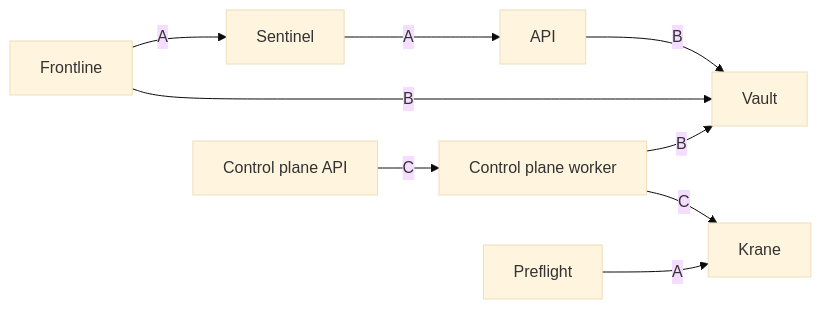
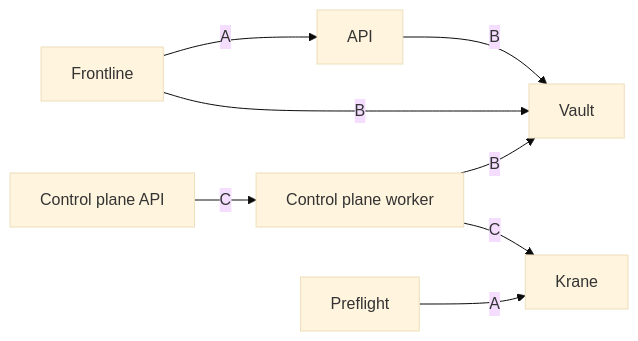
Before and after one commit to unkeyed/unkey: the diagram in docs/engineering/architecture/index.mdx, drawn with Mermaid (base theme). The commit also changed 66 other files, not shown here.

````diff
--- a/docs/engineering/architecture/index.mdx
+++ b/docs/engineering/architecture/index.mdx
@@ -10,22 +10,20 @@
 ```mermaid
 flowchart LR
   Frontline[Frontline]
-  Sentinel[Sentinel]
   API[API]
   Vault[Vault]
   ControlAPI[Control plane API]
   ControlWorker[Control plane worker]
   Krane[Krane]
   Preflight[Preflight]
 
-  Frontline -->|A| Sentinel
-  Sentinel -->|A| API
+  Frontline -->|A| API
   API -->|B| Vault
   Frontline -->|B| Vault
 
   ControlAPI -->|C| ControlWorker
   ControlWorker -->|C| Krane
   ControlWorker -->|B| Vault
 
   Preflight -->|A| Krane
 ```
````
